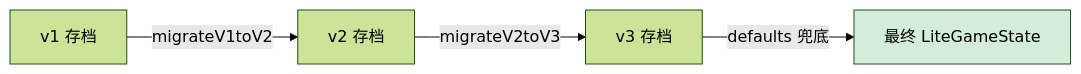
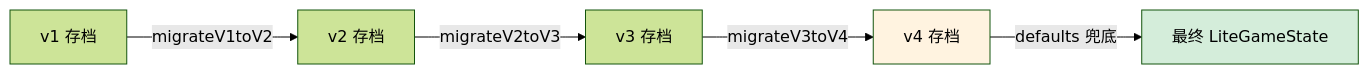
Before and after one commit to bennygray/7game: the diagram in docs/design/arch/schema.md, drawn with Mermaid (forest theme). The commit also changed other lines of this file and 75 other files, not shown here.

````diff
--- a/docs/design/arch/schema.md
+++ b/docs/design/arch/schema.md
@@ -20,7 +21,9 @@
 ```mermaid
 graph LR
     V1["v1 存档"] -->|migrateV1toV2| V2["v2 存档"]
     V2 -->|migrateV2toV3| V3["v3 存档"]
-    V3 -->|defaults 兜底| FINAL["最终 LiteGameState"]
+    V3 -->|migrateV3toV4| V4["v4 存档"]
+    V4 -->|defaults 兜底| FINAL["最终 LiteGameState"]
     style FINAL fill:#d4edda
+    style V4 fill:#fff3e0
 ```
````
